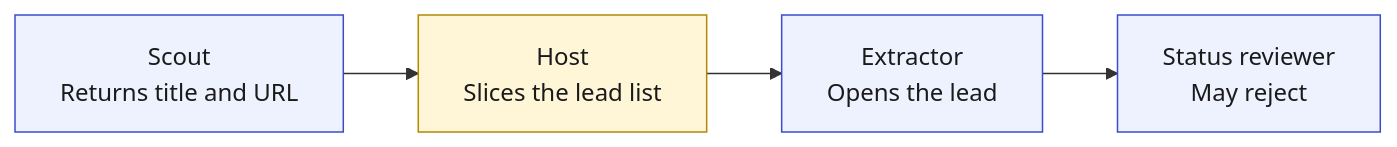
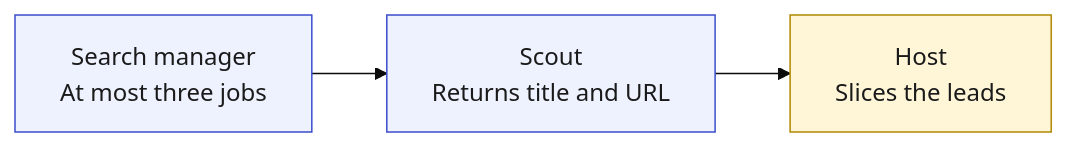
One commit to samueldotrung03/BearRok changed the second of 5 diagrams in README.md. Above: the diagram before and after it, drawn with Mermaid. The commit also changed other lines of this file, not shown here.

````diff
--- a/README.md
+++ b/README.md
@@ -71,8 +74,9 @@
 ```mermaid
+%%{init: {"theme": "base", "themeVariables": {"fontFamily": "Arial, sans-serif", "fontSize": "16px"}}}%%
 flowchart LR
-  sc["Scout<br/>Returns title and URL"] --> h3["Host<br/>Slices the lead list"] --> ex["Extractor<br/>Opens the lead"] --> st["Status reviewer<br/>May reject"]
+  sm["Search manager<br/>At most three jobs"] --> sc["Scout<br/>Returns title and URL"] --> h3["Host<br/>Slices the leads"]
   classDef host fill:#fff6d8,stroke:#b08900,color:#1a1a1a
   classDef agent fill:#eef2ff,stroke:#3b4cca,color:#1a1a1a
   class h3 host
-  class sc,ex,st agent
+  class sm,sc agent
 ```
````
